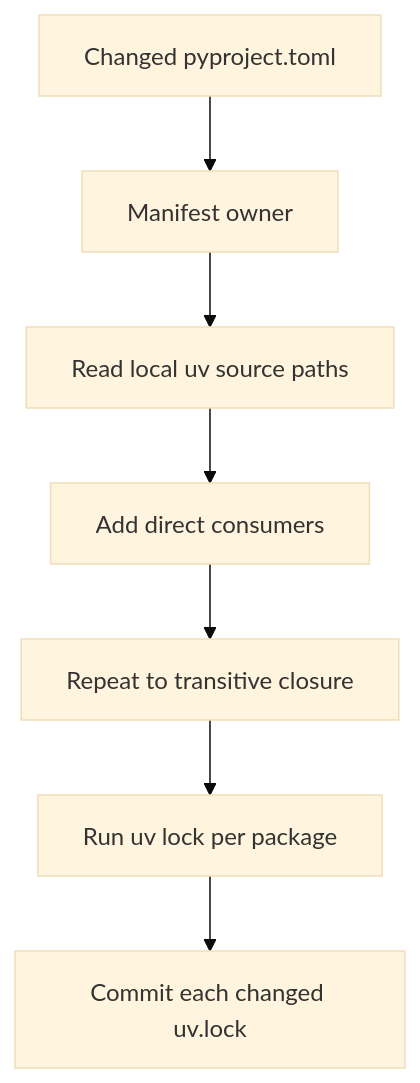
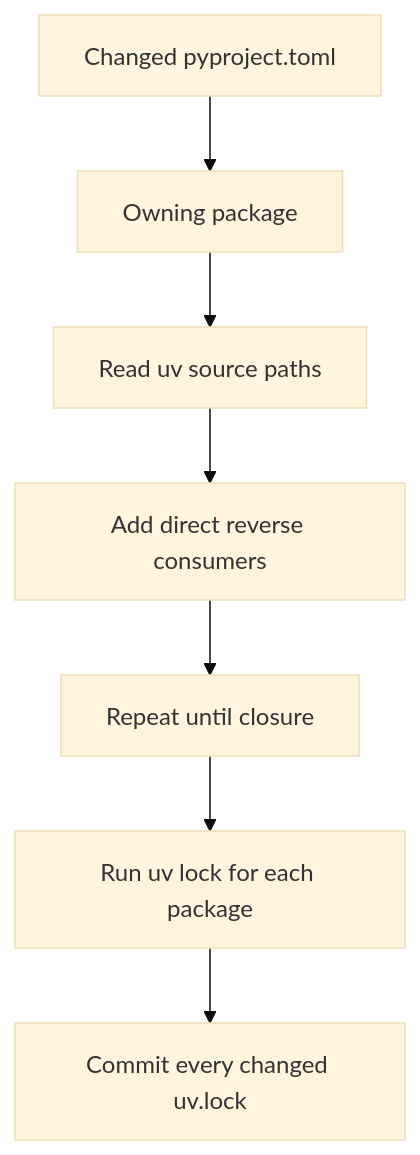
The second of 2 diagrams in openwiki/architecture/overview.md (langchain-ai/deepagents), drawn with Mermaid (base theme) before and after one commit. The commit also changed other lines of this file and 35 other files, not shown here.

````diff
--- a/openwiki/architecture/overview.md
+++ b/openwiki/architecture/overview.md
@@ -147,9 +157,9 @@
 ```mermaid
 flowchart TD
-  Changed["Changed pyproject.toml"] --> Owner["Manifest owner"]
-  Owner --> Scan["Read local uv source paths"]
-  Scan --> Reverse["Add direct consumers"]
-  Reverse --> Repeat["Repeat to transitive closure"]
-  Repeat --> Locks["Run uv lock per package"]
-  Locks --> Commit["Commit each changed uv.lock"]
+  Changed["Changed pyproject.toml"] --> Owner["Owning package"]
+  Owner --> Scan["Read uv source paths"]
+  Scan --> Consumers["Add direct reverse consumers"]
+  Consumers --> Closure["Repeat until closure"]
+  Closure --> Lock["Run uv lock for each package"]
+  Lock --> Commit["Commit every changed uv.lock"]
 ```
````
